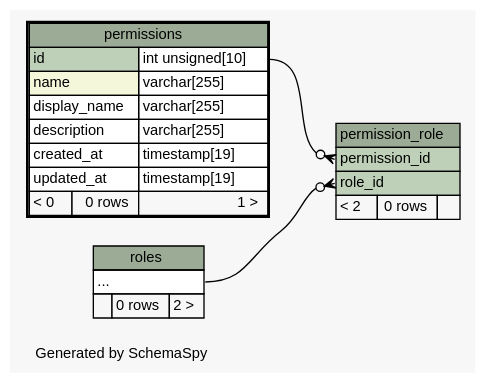
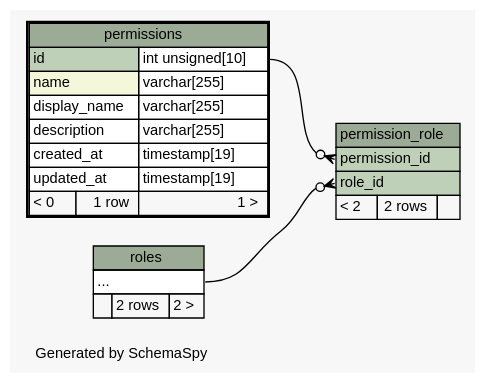
One commit to g0v/poli-radar-api changed the diagram in docs/diagrams/permissions.2degrees.dot. Above: the diagram before and after it, drawn with Graphviz. The commit also changed 105 other files, not shown here.

Commit message:
updated diagram

```diff
--- a/docs/diagrams/permissions.2degrees.dot
+++ b/docs/diagrams/permissions.2degrees.dot
@@ -1,60 +1,60 @@
 // dot 2.28.0 on Windows 10 10.0
 // SchemaSpy rev 590
 digraph "twoDegreesRelationshipsDiagram" {
   graph [
     rankdir="RL"
     bgcolor="#f7f7f7"
     label="\nGenerated by SchemaSpy"
     labeljust="l"
     nodesep="0.18"
     ranksep="0.46"
     fontname="Helvetica"
     fontsize="11"
   ];
   node [
     fontname="Helvetica"
     fontsize="11"
     shape="plaintext"
   ];
   edge [
     arrowsize="0.8"
   ];
   "permission_role":"permission_id":w -> "permissions":"id.type":e [arrowhead=none dir=back arrowtail=crowodot];
   "permission_role":"role_id":w -> "roles":"elipses":e [arrowhead=none dir=back arrowtail=crowodot];
   "permission_role" [
     label=<
     <TABLE BORDER="0" CELLBORDER="1" CELLSPACING="0" BGCOLOR="#ffffff">
       <TR><TD COLSPAN="3" BGCOLOR="#9bab96" ALIGN="CENTER">permission_role</TD></TR>
       <TR><TD PORT="permission_id" COLSPAN="3" BGCOLOR="#bed1b8" ALIGN="LEFT">permission_id</TD></TR>
       <TR><TD PORT="role_id" COLSPAN="3" BGCOLOR="#bed1b8" ALIGN="LEFT">role_id</TD></TR>
-      <TR><TD ALIGN="LEFT" BGCOLOR="#f7f7f7">&lt; 2</TD><TD ALIGN="RIGHT" BGCOLOR="#f7f7f7">0 rows</TD><TD ALIGN="RIGHT" BGCOLOR="#f7f7f7">  </TD></TR>
+      <TR><TD ALIGN="LEFT" BGCOLOR="#f7f7f7">&lt; 2</TD><TD ALIGN="RIGHT" BGCOLOR="#f7f7f7">2 rows</TD><TD ALIGN="RIGHT" BGCOLOR="#f7f7f7">  </TD></TR>
     </TABLE>>
     URL="permission_role.html"
     tooltip="permission_role"
   ];
   "permissions" [
     label=<
     <TABLE BORDER="2" CELLBORDER="1" CELLSPACING="0" BGCOLOR="#ffffff">
       <TR><TD COLSPAN="3" BGCOLOR="#9bab96" ALIGN="CENTER">permissions</TD></TR>
       <TR><TD PORT="id" COLSPAN="2" BGCOLOR="#bed1b8" ALIGN="LEFT">id</TD><TD PORT="id.type" ALIGN="LEFT">int unsigned[10]</TD></TR>
       <TR><TD PORT="name" COLSPAN="2" BGCOLOR="#f4f7da" ALIGN="LEFT">name</TD><TD PORT="name.type" ALIGN="LEFT">varchar[255]</TD></TR>
       <TR><TD PORT="display_name" COLSPAN="2" ALIGN="LEFT">display_name</TD><TD PORT="display_name.type" ALIGN="LEFT">varchar[255]</TD></TR>
       <TR><TD PORT="description" COLSPAN="2" ALIGN="LEFT">description</TD><TD PORT="description.type" ALIGN="LEFT">varchar[255]</TD></TR>
       <TR><TD PORT="created_at" COLSPAN="2" ALIGN="LEFT">created_at</TD><TD PORT="created_at.type" ALIGN="LEFT">timestamp[19]</TD></TR>
       <TR><TD PORT="updated_at" COLSPAN="2" ALIGN="LEFT">updated_at</TD><TD PORT="updated_at.type" ALIGN="LEFT">timestamp[19]</TD></TR>
-      <TR><TD ALIGN="LEFT" BGCOLOR="#f7f7f7">&lt; 0</TD><TD ALIGN="RIGHT" BGCOLOR="#f7f7f7">0 rows</TD><TD ALIGN="RIGHT" BGCOLOR="#f7f7f7">1 &gt;</TD></TR>
+      <TR><TD ALIGN="LEFT" BGCOLOR="#f7f7f7">&lt; 0</TD><TD ALIGN="RIGHT" BGCOLOR="#f7f7f7">1 row</TD><TD ALIGN="RIGHT" BGCOLOR="#f7f7f7">1 &gt;</TD></TR>
     </TABLE>>
     URL="permissions.html"
     tooltip="permissions"
   ];
   "roles" [
     label=<
     <TABLE BORDER="0" CELLBORDER="1" CELLSPACING="0" BGCOLOR="#ffffff">
       <TR><TD COLSPAN="3" BGCOLOR="#9bab96" ALIGN="CENTER">roles</TD></TR>
       <TR><TD PORT="elipses" COLSPAN="3" ALIGN="LEFT">...</TD></TR>
-      <TR><TD ALIGN="LEFT" BGCOLOR="#f7f7f7">  </TD><TD ALIGN="RIGHT" BGCOLOR="#f7f7f7">0 rows</TD><TD ALIGN="RIGHT" BGCOLOR="#f7f7f7">2 &gt;</TD></TR>
+      <TR><TD ALIGN="LEFT" BGCOLOR="#f7f7f7">  </TD><TD ALIGN="RIGHT" BGCOLOR="#f7f7f7">2 rows</TD><TD ALIGN="RIGHT" BGCOLOR="#f7f7f7">2 &gt;</TD></TR>
     </TABLE>>
     URL="roles.html"
     tooltip="roles"
   ];
 }
```
